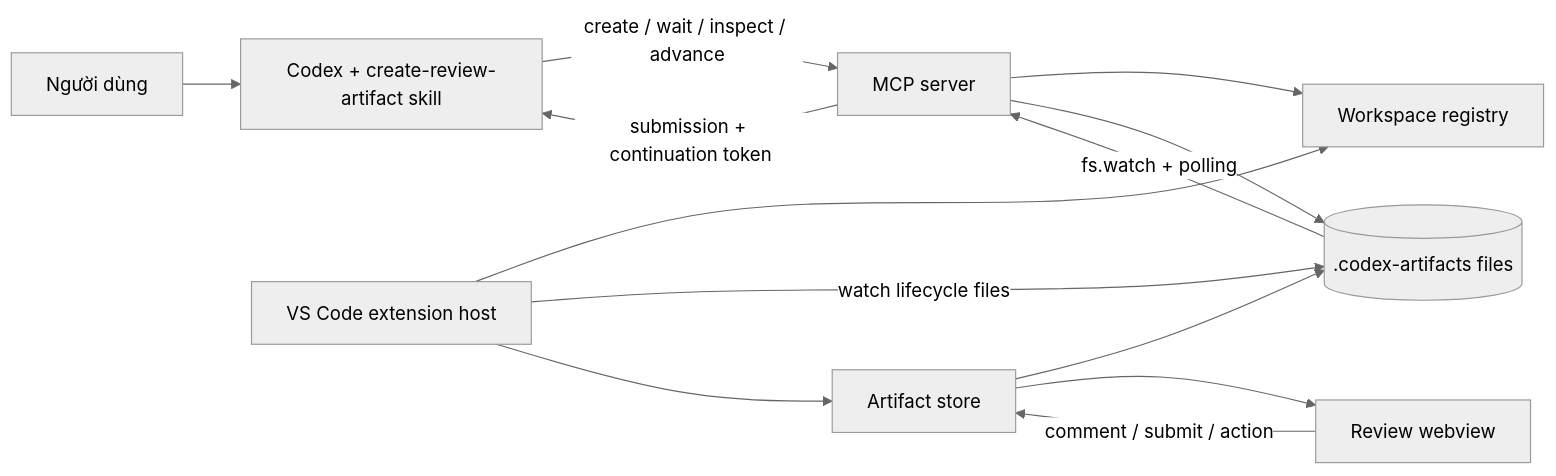
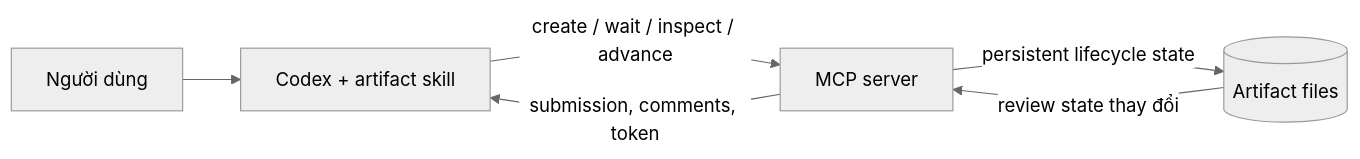
Before and after one commit to huynguyen294/vscode-codex-artifacts: the diagram in plans/improve.md, drawn with Mermaid (neutral theme). The commit also changed other lines of this file and 21 other files, not shown here.

````diff
--- a/plans/improve.md
+++ b/plans/improve.md
@@ -36,15 +14,8 @@
 ```mermaid
 flowchart LR
-    U[Người dùng] --> C[Codex + create-review-artifact skill]
+    U[Người dùng] --> C[Codex + artifact skill]
     C -->|create / wait / inspect / advance| M[MCP server]
-    M --> R[Workspace registry]
-    M --> F[(.codex-artifacts files)]
-    E[VS Code extension host] --> R
-    E -->|watch lifecycle files| F
-    E --> S[Artifact store]
-    S --> F
-    S --> W[Review webview]
-    W -->|comment / submit / action| S
-    F -->|fs.watch + polling| M
-    M -->|submission + continuation token| C
+    M -->|persistent lifecycle state| F[(Artifact files)]
+    F -->|review state thay đổi| M
+    M -->|submission, comments, token| C
 ```
````
